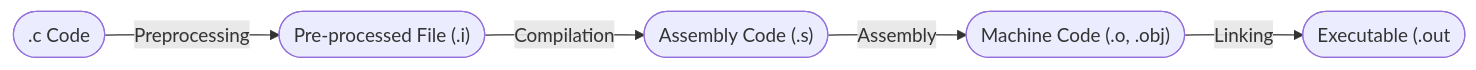
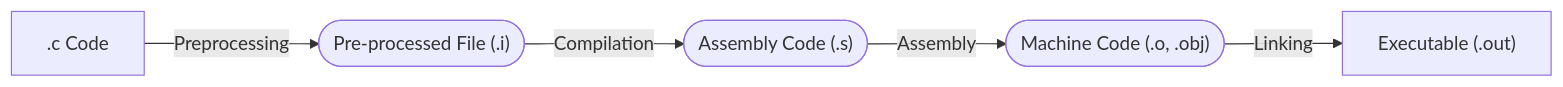
The diagram in README.md (n1kito/Makefile), drawn with Mermaid before and after one commit. The commit also changed other lines of this file, not shown here.

````diff
--- a/README.md
+++ b/README.md
@@ -21,7 +20,7 @@
 ```mermaid
 flowchart LR;
-A([.c Code])-- Preprocessing -->B(["Pre-processed File (.i)"])
+A[.c Code]-- Preprocessing -->B(["Pre-processed File (.i)"])
 B-- Compilation -->C(["Assembly Code (.s)"])
 C-- Assembly -->D(["Machine Code (.o, .obj)"])
-D-- Linking -->E(["Executable (.out"])
+D-- Linking -->E["Executable (.out)"]
 ```
````
